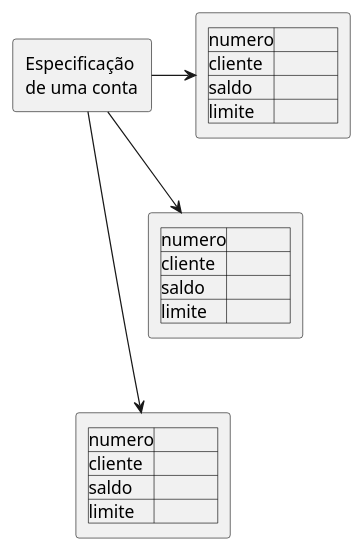
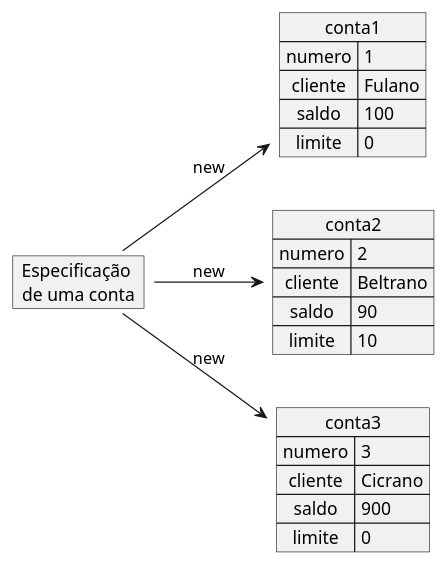
One commit to leandro-costa/vuepresspoo changed the first of 3 diagrams in src/03_conceitos_OO/03_classe.md. Above: the diagram before and after it, drawn with PlantUML.

Commit message:
novo diagrama conta

```diff
--- a/src/03_conceitos_OO/03_classe.md
+++ b/src/03_conceitos_OO/03_classe.md
@@ -23,33 +23,27 @@
 @startuml
+left to right direction
+map "Especificação \nde uma conta" as conta{
+}
+map conta1{
+  numero =>1
+  cliente => Fulano
+  saldo =>100
+  limite =>0
+}
+map conta2{
+  numero =>2
+  cliente =>Beltrano
+  saldo =>90
+  limite =>10
+}
+map conta3{
+  numero =>3
+  cliente =>Cicrano
+  saldo =>900
+  limite =>0
+}
 
-rectangle "Especificação \nde uma conta" as conta
-
-rectangle Obj1[
-    |numero|              |
-|cliente| |
-|saldo| |
-|limite| |
-] 
-
-rectangle Obj2[
-    |numero|              |
-|cliente| |
-|saldo| |
-|limite| |
-]
-
-rectangle Obj3[
-    |numero|              |
-|cliente| |
-|saldo| |
-|limite| |
-]
-
-conta -> Obj1
-conta -> Obj2
-conta -> Obj3
-
-Obj1 --[hidden]> Obj2
-Obj2 --[hidden]> Obj3
-
+conta --> conta1 : new
+conta --> conta2 : new
+conta --> conta3 : new
 @enduml
```
